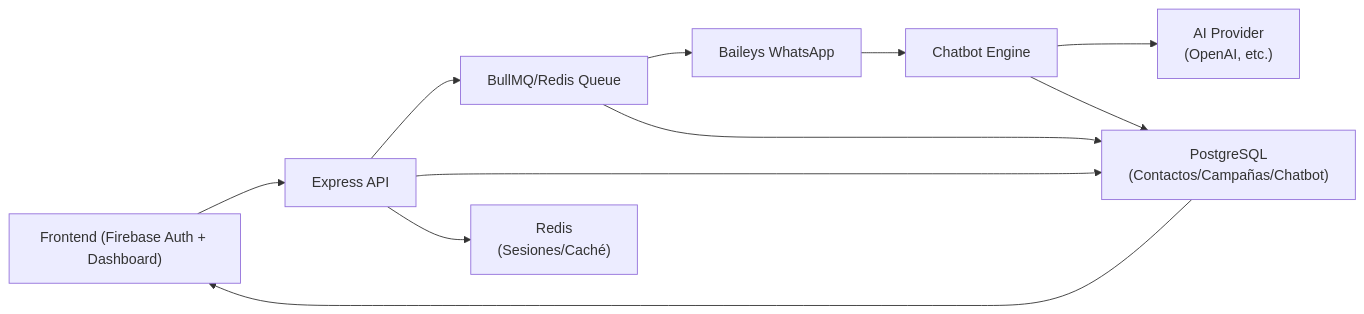
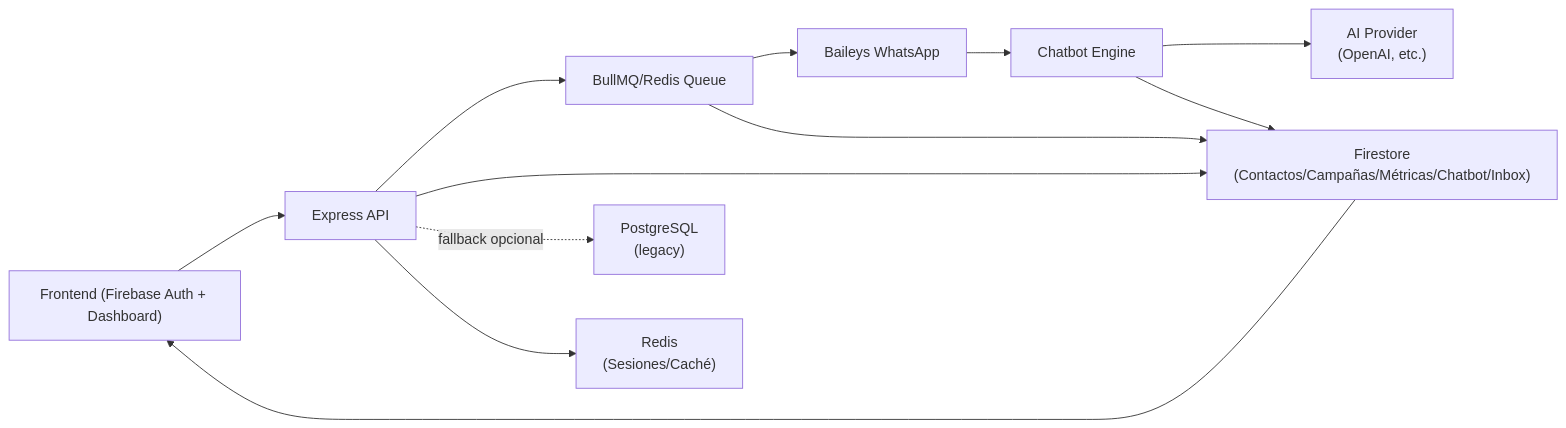
The first of 4 diagrams in README.md (fito422480/message-sender), drawn with Mermaid before and after one commit. The commit also changed other lines of this file and 2 other files, not shown here.

Commit message:
refactor: mejorar la gestión de Firestore para contactos y métricas, optimizando la lectura de datos históricos y el manejo de campañas

````diff
--- a/README.md
+++ b/README.md
@@ -251,13 +308,14 @@
 ```mermaid
 flowchart LR
   UI["Frontend (Firebase Auth + Dashboard)"] --> API["Express API"]
   API --> Q["BullMQ/Redis Queue"]
-  API --> PG["PostgreSQL<br/>(Contactos/Campañas/Chatbot)"]
+  API --> FS["Firestore<br/>(Contactos/Campañas/Métricas/Chatbot/Inbox)"]
+  API -. fallback opcional .-> PG["PostgreSQL<br/>(legacy)"]
   API --> R["Redis<br/>(Sesiones/Caché)"]
   Q --> WA["Baileys WhatsApp"]
   WA --> CB["Chatbot Engine"]
   CB --> AI["AI Provider<br/>(OpenAI, etc.)"]
-  CB --> PG
-  Q --> PG
-  PG --> UI
+  CB --> FS
+  Q --> FS
+  FS --> UI
 ```
````
